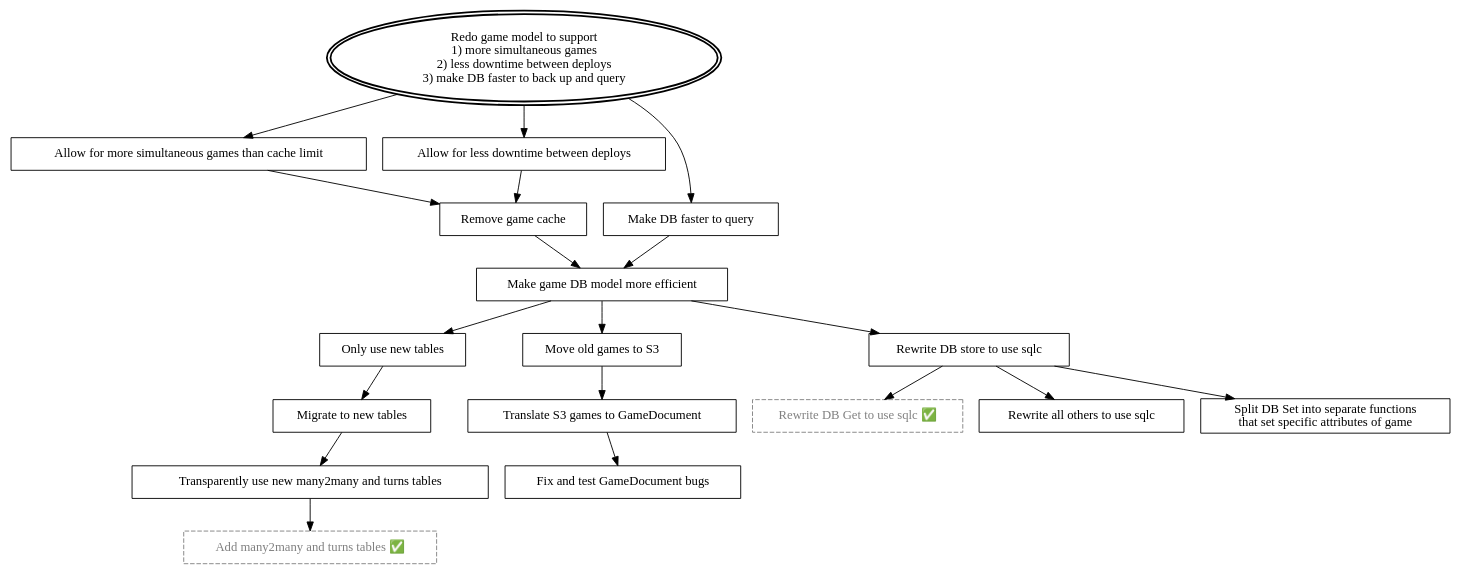
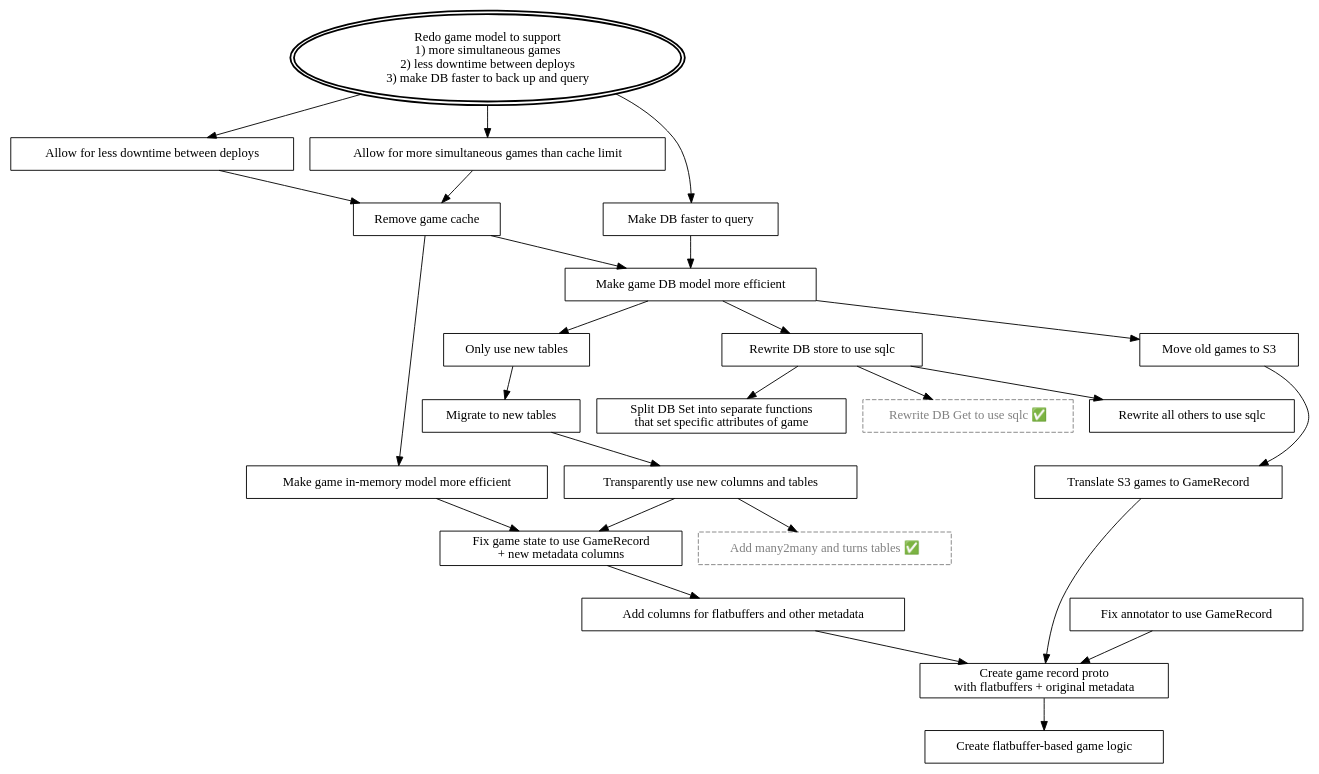
One commit to woogles-io/liwords changed the diagram in docs/mikado/remove-game-caches.dot. Above: the diagram before and after it, drawn with Graphviz. The commit also changed 16 other files, not shown here.

Commit message:
adding a flatbuffers model for a board and for a bag

```diff
--- a/docs/mikado/remove-game-caches.dot
+++ b/docs/mikado/remove-game-caches.dot
@@ -1,52 +1,63 @@
 digraph RedoGameModel {
     Goal [label="Redo game model to support\n1) more simultaneous games\n2) less downtime between deploys\n3) make DB faster to back up and query";
     shape=oval, peripheries=2, style=bold];
 
     // Define a reusable style for "checked nodes"  ✅
     node [shape=box, color=gray, fontcolor=gray, style=dashed];
     DBGet [label="Rewrite DB Get to use sqlc ✅"];
     AddOtherTables [label="Add many2many and turns tables ✅"];
 
     // Reset to default for other uncompleted nodes
     node [shape=box, color=black, fontcolor=black, style=solid];
 
     MoreSimultaneousGames [label="Allow for more simultaneous games than cache limit"];
     LessDowntimeBetweenDeploys [label="Allow for less downtime between deploys"];
     MakeDBFaster [label="Make DB faster to query"];
 
 
     OnlyUseOtherTables [label="Only use new tables"];
     MigrateToNewTables [label="Migrate to new tables"];
-    UseOtherTables [label="Transparently use new many2many and turns tables"];
+    UseOtherTables [label="Transparently use new columns and tables"];
     RemoveGameCache [label="Remove game cache"];
     EfficientTable [label="Make game DB model more efficient"];
+    EfficientGameMemoryModel [label="Make game in-memory model more efficient"];
+    FlatBuffersForGames [label="Create flatbuffer-based game logic"];
     OldGamesInS3 [label="Move old games to S3"];
-    TranslateToGameDocument [label="Translate S3 games to GameDocument"];
-    FixGameDocumentBugs [label="Fix and test GameDocument bugs"];
+    TranslateToGameRecord [label="Translate S3 games to GameRecord"];
     SQLCDBStore [label="Rewrite DB store to use sqlc"];
     SQLCOtherFuncs [label="Rewrite all others to use sqlc"];
     DBSetSplit [label="Split DB Set into separate functions\nthat set specific attributes of game"];
-
+    FixAnnotatorToUseGameRecord [label="Fix annotator to use GameRecord"];
+    FixGameStateToUseGameRecord [label="Fix game state to use GameRecord\n + new metadata columns"];
+    AddColumnsForFBAndOtherMetadata [label="Add columns for flatbuffers and other metadata"];
+    CreateGameRecordProto [label="Create game record proto\nwith flatbuffers + original metadata"];
     // Arrows
     Goal -> MoreSimultaneousGames;
     Goal -> LessDowntimeBetweenDeploys;
     Goal -> MakeDBFaster;
 
     MoreSimultaneousGames -> RemoveGameCache;
     LessDowntimeBetweenDeploys -> RemoveGameCache;
     MakeDBFaster -> EfficientTable;
 
     RemoveGameCache -> EfficientTable;
+    RemoveGameCache -> EfficientGameMemoryModel;
+    EfficientGameMemoryModel -> FixGameStateToUseGameRecord;
     EfficientTable-> OnlyUseOtherTables;
+    FixGameStateToUseGameRecord -> AddColumnsForFBAndOtherMetadata;
+    CreateGameRecordProto -> FlatBuffersForGames;
     OnlyUseOtherTables -> MigrateToNewTables;
     MigrateToNewTables -> UseOtherTables;
     EfficientTable -> SQLCDBStore;
     EfficientTable -> OldGamesInS3;
-    OldGamesInS3 -> TranslateToGameDocument;
-    TranslateToGameDocument -> FixGameDocumentBugs;
+    OldGamesInS3 -> TranslateToGameRecord;
+    TranslateToGameRecord -> CreateGameRecordProto;
     UseOtherTables -> AddOtherTables;
+    UseOtherTables -> FixGameStateToUseGameRecord;
+    AddColumnsForFBAndOtherMetadata -> CreateGameRecordProto;
     SQLCDBStore -> DBGet;
     SQLCDBStore -> DBSetSplit;
     SQLCDBStore -> SQLCOtherFuncs;
+    FixAnnotatorToUseGameRecord -> CreateGameRecordProto;
 
 }
```
